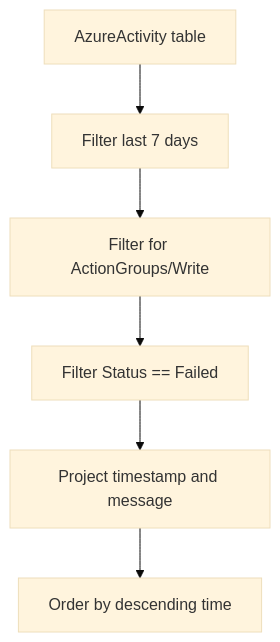
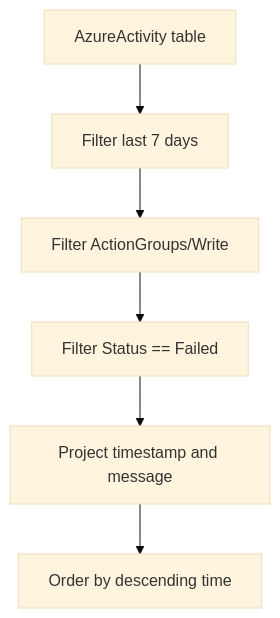
One commit to yeongseon/azure-monitoring-practical-guide changed the diagram in docs/troubleshooting/kql/alerts/action-group-failures.md. Above: the diagram before and after it, drawn with Mermaid (base theme). The commit also changed other lines of this file and 5 other files, not shown here.

Commit message:
fix: address Oracle review findings — correct action-group query premise, fix metric filter, mask connection strings, add frontmatter justifications

````diff
--- a/docs/troubleshooting/kql/alerts/action-group-failures.md
+++ b/docs/troubleshooting/kql/alerts/action-group-failures.md
@@ -36,8 +36,8 @@
 ```mermaid
 graph TD
     A[AzureActivity table] --> B[Filter last 7 days]
-    B --> C[Filter for ActionGroups/Write]
+    B --> C[Filter ActionGroups/Write]
     C --> D[Filter Status == Failed]
     D --> E[Project timestamp and message]
     E --> F[Order by descending time]
 ```
````
